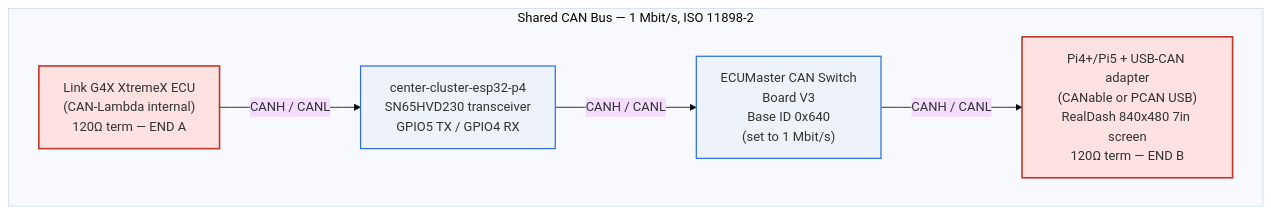
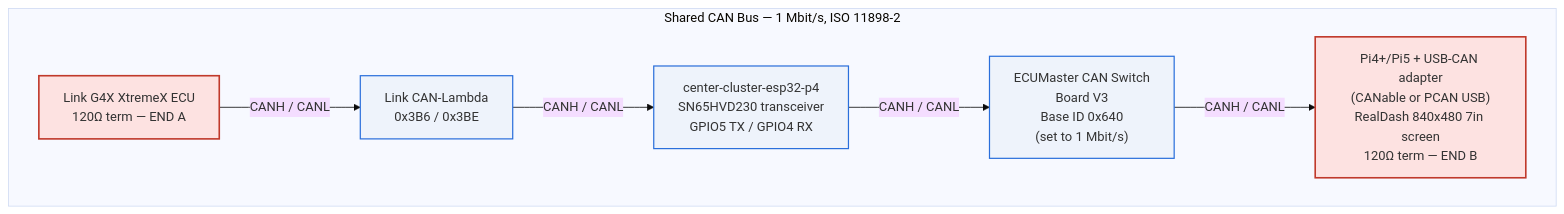
The diagram in WIRING.md (living-relation/st185-link-ecu-config), drawn with Mermaid (base theme) before and after one commit. The commit also changed other lines of this file and 6 other files, not shown here.

First line of the commit message:
Document the CAN bus as five nodes including CAN-Lambda

````diff
--- a/WIRING.md
+++ b/WIRING.md
@@ -161,19 +162,21 @@
 ```mermaid
 graph LR
     subgraph BUS["Shared CAN Bus — 1 Mbit/s, ISO 11898-2"]
         direction LR
-        ECU["Link G4X XtremeX ECU<br/>(CAN-Lambda internal)<br/>120Ω term — END A"]
+        ECU["Link G4X XtremeX ECU<br/>120Ω term — END A"]
+        LAMBDA["Link CAN-Lambda<br/>0x3B6 / 0x3BE"]
         CENTER["center-cluster-esp32-p4<br/>SN65HVD230 transceiver<br/>GPIO5 TX / GPIO4 RX"]
         SWB["ECUMaster CAN Switch<br/>Board V3<br/>Base ID 0x640<br/>(set to 1 Mbit/s)"]
         PI5["Pi4+/Pi5 + USB-CAN adapter<br/>(CANable or PCAN USB)<br/>RealDash 840x480 7in screen<br/>120Ω term — END B"]
 
-        ECU -- "CANH / CANL" --> CENTER
+        ECU -- "CANH / CANL" --> LAMBDA
+        LAMBDA -- "CANH / CANL" --> CENTER
         CENTER -- "CANH / CANL" --> SWB
         SWB -- "CANH / CANL" --> PI5
     end
 
     classDef term fill:#fde2e1,stroke:#c0392b,stroke-width:2px;
     classDef node fill:#eef3fb,stroke:#2a6fdb,stroke-width:1.5px;
     class ECU,PI5 term;
     class CENTER,SWB node;
 ```
````
